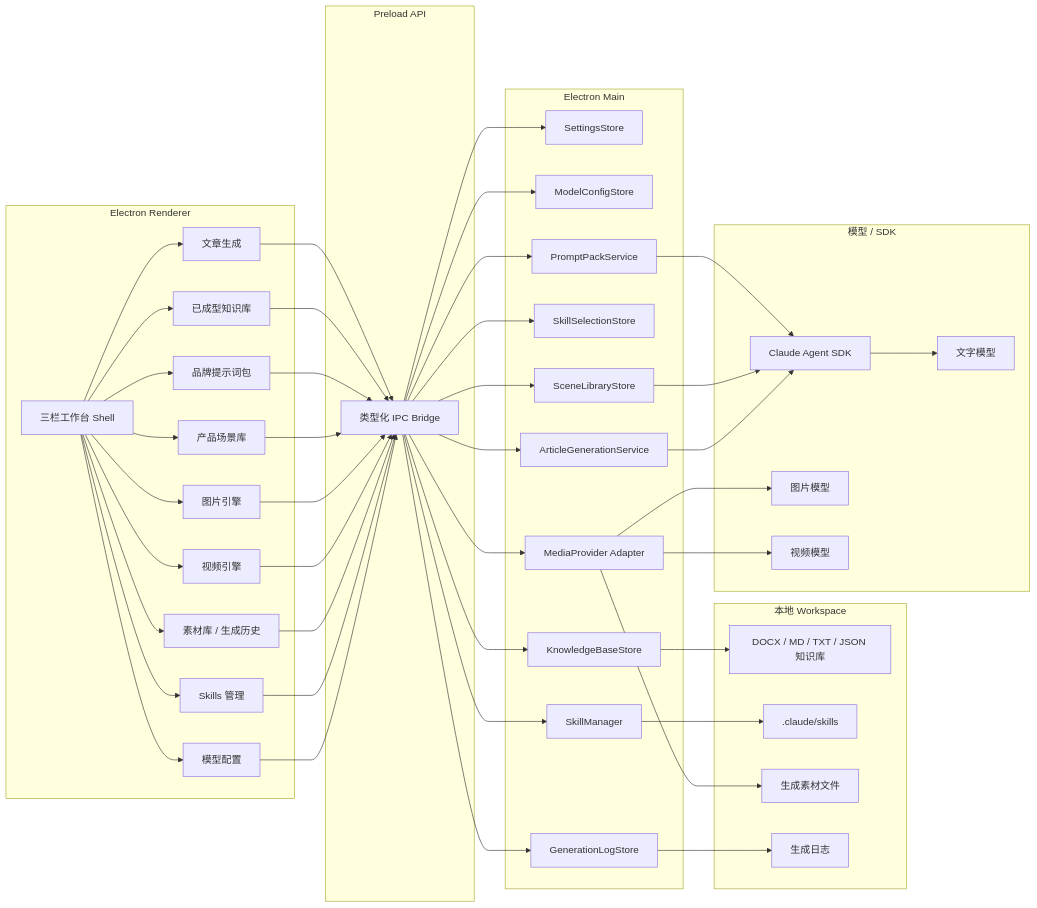
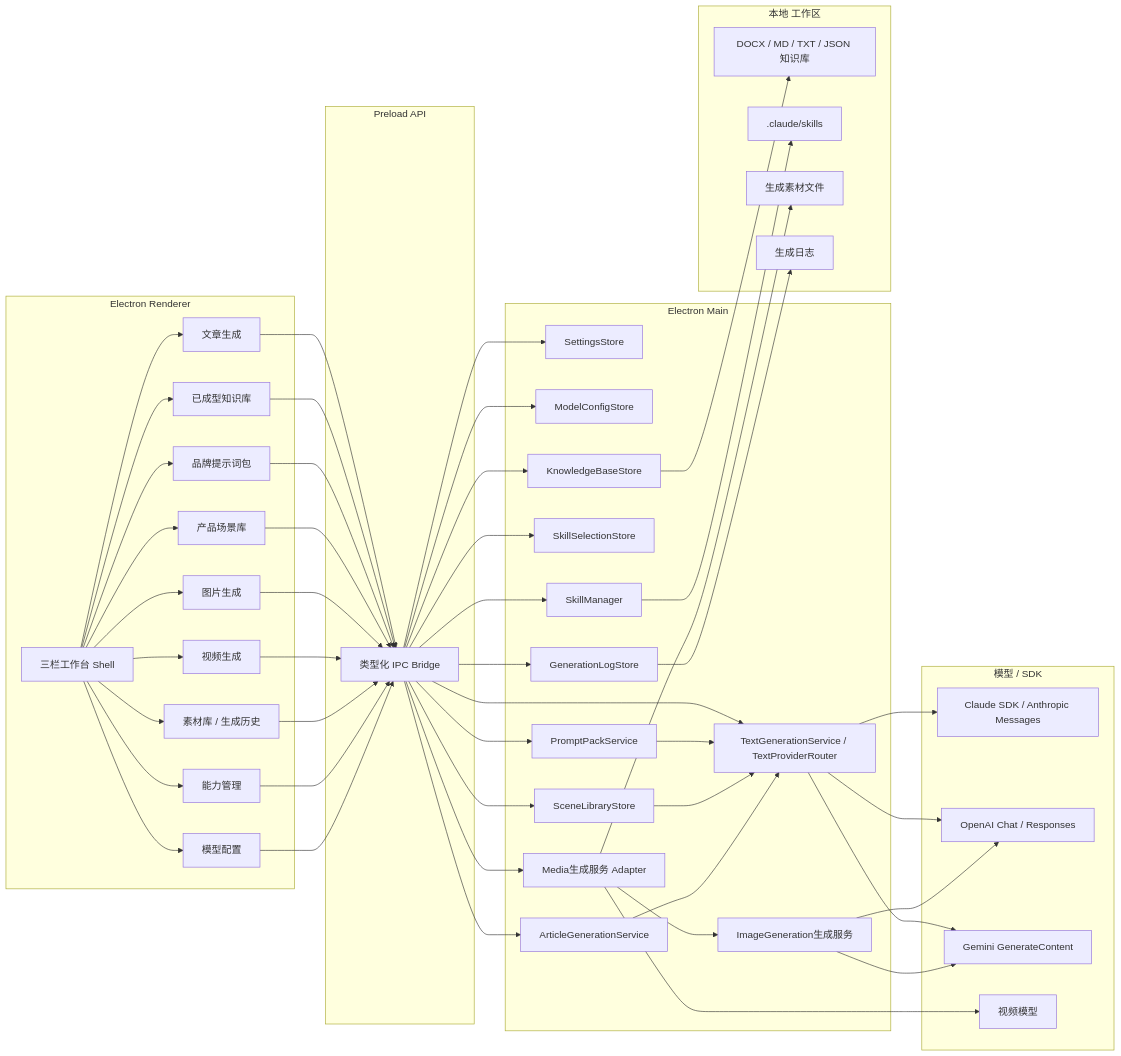
One commit to limecloud/content-studio changed the first of 8 diagrams in docs/roadmap/v1/architecture-diagrams.md. Above: the diagram before and after it, drawn with Mermaid. The commit also changed other lines of this file and 51 other files, not shown here.

````diff
--- a/docs/roadmap/v1/architecture-diagrams.md
+++ b/docs/roadmap/v1/architecture-diagrams.md
@@ -19,10 +19,10 @@
     KB[已成型知识库]
     PromptPack[品牌提示词包]
     Scene[产品场景库]
-    Image[图片引擎]
-    Video[视频引擎]
+    Image[图片生成]
+    Video[视频生成]
     Assets[素材库 / 生成历史]
-    SkillsUI[Skills 管理]
+    能力UI[能力管理]
     SettingsUI[模型配置]
   end
 
@@ -33,27 +33,29 @@
   subgraph Main[Electron Main]
     Settings[SettingsStore]
     ModelConfig[ModelConfigStore]
-    SkillManager[SkillManager]
-    SkillSelection[SkillSelectionStore]
+    能力Manager[SkillManager]
+    能力Selection[SkillSelectionStore]
     KBStore[KnowledgeBaseStore]
     PromptPackService[PromptPackService]
     SceneStore[SceneLibraryStore]
     ArticleService[ArticleGenerationService]
-    MediaProvider[MediaProvider Adapter]
+    TextRouter[TextGenerationService / TextProviderRouter]
+    Media生成服务[Media生成服务 Adapter]
+    ImageRouter[ImageGeneration生成服务]
     GenerationLog[GenerationLogStore]
   end
 
-  subgraph Local[本地 Workspace]
+  subgraph Local[本地 工作区]
     KBDocs[DOCX / MD / TXT / JSON 知识库]
-    SkillFiles[.claude/skills]
+    能力Files[.claude/skills]
     AssetFiles[生成素材文件]
     Logs[生成日志]
   end
 
   subgraph Models[模型 / SDK]
-    Claude[Claude Agent SDK]
-    TextModel[文字模型]
-    ImageModel[图片模型]
+    Claude[Claude SDK / Anthropic Messages]
+    OpenAI[OpenAI Chat / Responses]
+    Gemini[Gemini GenerateContent]
     VideoModel[视频模型]
   end
 
@@ -64,7 +66,7 @@
   Workbench --> Image
   Workbench --> Video
   Workbench --> Assets
-  Workbench --> SkillsUI
+  Workbench --> 能力UI
   Workbench --> SettingsUI
 
   Article --> IPC
@@ -74,29 +76,34 @@
   Image --> IPC
   Video --> IPC
   Assets --> IPC
-  SkillsUI --> IPC
+  能力UI --> IPC
   SettingsUI --> IPC
 
   IPC --> Settings
   IPC --> ModelConfig
-  IPC --> SkillManager
-  IPC --> SkillSelection
+  IPC --> 能力Manager
+  IPC --> 能力Selection
   IPC --> KBStore
   IPC --> PromptPackService
   IPC --> SceneStore
   IPC --> ArticleService
-  IPC --> MediaProvider
+  IPC --> TextRouter
+  IPC --> Media生成服务
   IPC --> GenerationLog
 
   KBStore --> KBDocs
-  SkillManager --> SkillFiles
+  能力Manager --> 能力Files
   GenerationLog --> Logs
-  MediaProvider --> AssetFiles
+  Media生成服务 --> AssetFiles
 
-  PromptPackService --> Claude
-  SceneStore --> Claude
-  ArticleService --> Claude
-  MediaProvider --> ImageModel
-  MediaProvider --> VideoModel
-  Claude --> TextModel
+  PromptPackService --> TextRouter
+  SceneStore --> TextRouter
+  ArticleService --> TextRouter
+  TextRouter --> Claude
+  TextRouter --> OpenAI
+  TextRouter --> Gemini
+  Media生成服务 --> ImageRouter
+  ImageRouter --> OpenAI
+  ImageRouter --> Gemini
+  Media生成服务 --> VideoModel
 ```
````
